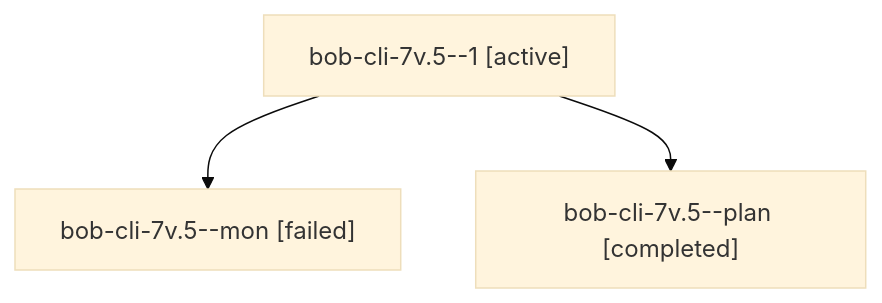
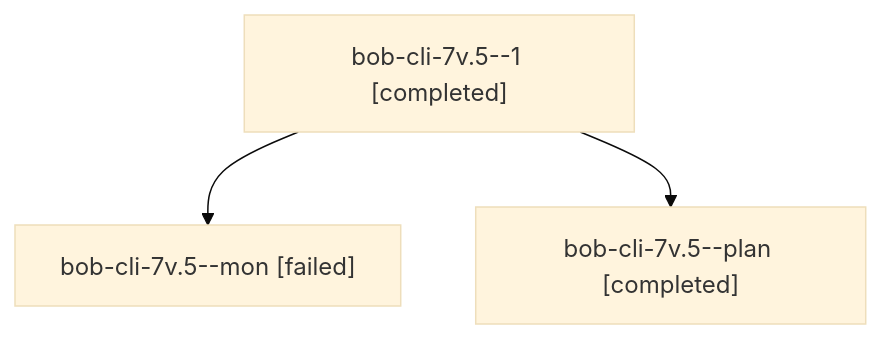
The diagram in sessions/bbugyi200.athena.bob-cli-7v.5.md (bobs-org/bob-cli--agents), drawn with Mermaid (base theme) before and after one commit. The commit also changed other lines of this file and 82 other files, not shown here.

````diff
--- a/sessions/bbugyi200.athena.bob-cli-7v.5.md
+++ b/sessions/bbugyi200.athena.bob-cli-7v.5.md
@@ -9,8 +9,8 @@
 ```mermaid
 flowchart TD
-  n0["bob-cli-7v.5--1 [active]"]
+  n0["bob-cli-7v.5--1 [completed]"]
   n1["bob-cli-7v.5--mon [failed]"]
   n0 --> n1
   n2["bob-cli-7v.5--plan [completed]"]
   n0 --> n2
 ```
````
